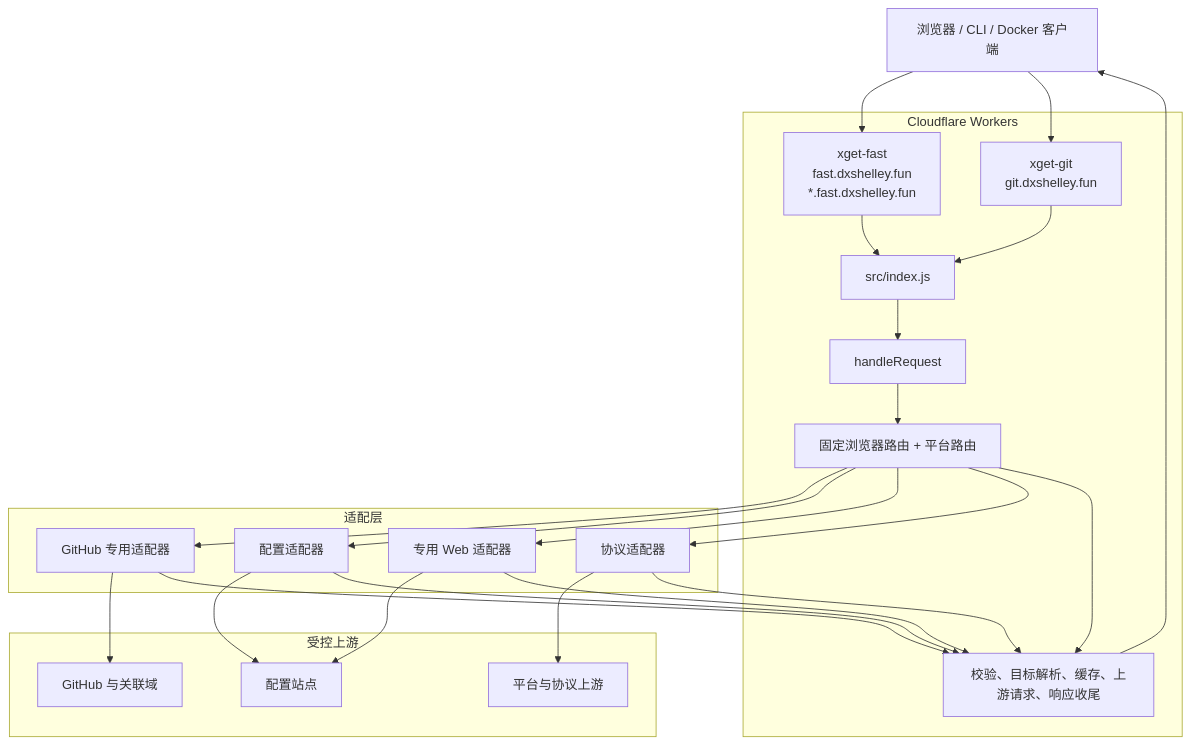
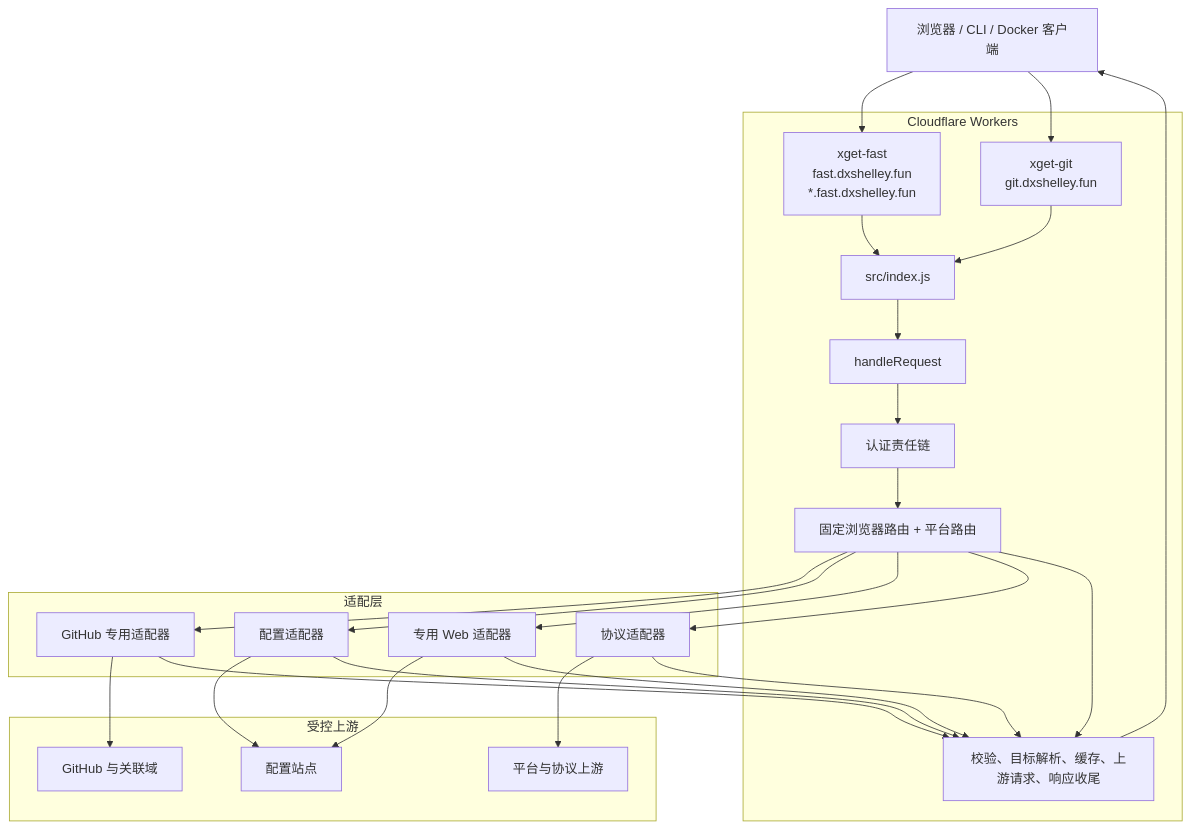
The first of 5 diagrams in docs/architecture.zh-Hans.md (DXShelley/xget), drawn with Mermaid before and after one commit. The commit also changed other lines of this file and 5 other files, not shown here.

````diff
--- a/docs/architecture.zh-Hans.md
+++ b/docs/architecture.zh-Hans.md
@@ -19,42 +19,43 @@
 ```mermaid
 flowchart TB
     Client[浏览器 / CLI / Docker 客户端]
 
     subgraph Workers[Cloudflare Workers]
         Fast[xget-fast\nfast.dxshelley.fun\n*.fast.dxshelley.fun]
         Git[xget-git\ngit.dxshelley.fun]
         Entry[src/index.js]
         App[handleRequest]
+        Auth[认证责任链]
         Routes[固定浏览器路由 + 平台路由]
         Core[校验、目标解析、缓存、上游请求、响应收尾]
     end
 
     subgraph Adapters[适配层]
         GitHub[GitHub 专用适配器]
         Configured[配置适配器]
         Web[专用 Web 适配器]
         Protocol[协议适配器]
     end
 
     subgraph Upstreams[受控上游]
         GH[GitHub 与关联域]
         Sites[配置站点]
         Platforms[平台与协议上游]
     end
 
     Client --> Fast
     Client --> Git
     Fast --> Entry
     Git --> Entry
-    Entry --> App --> Routes
+    Entry --> App --> Auth --> Routes
     Routes --> GitHub --> GH
     Routes --> Configured --> Sites
     Routes --> Web --> Sites
     Routes --> Protocol --> Platforms
     Routes --> Core
     GitHub --> Core
     Configured --> Core
     Web --> Core
     Protocol --> Core
     Core --> Client
 ```
````
